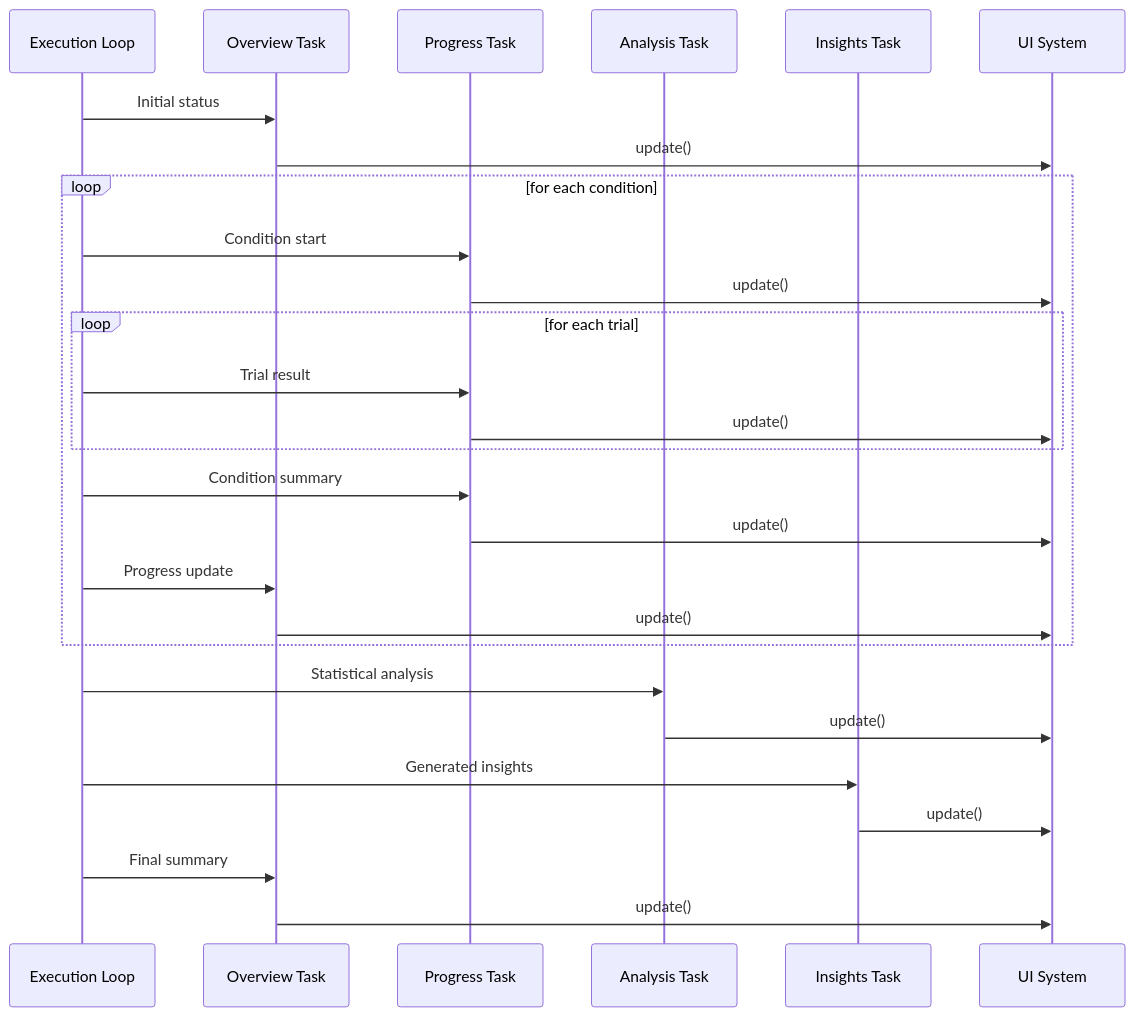
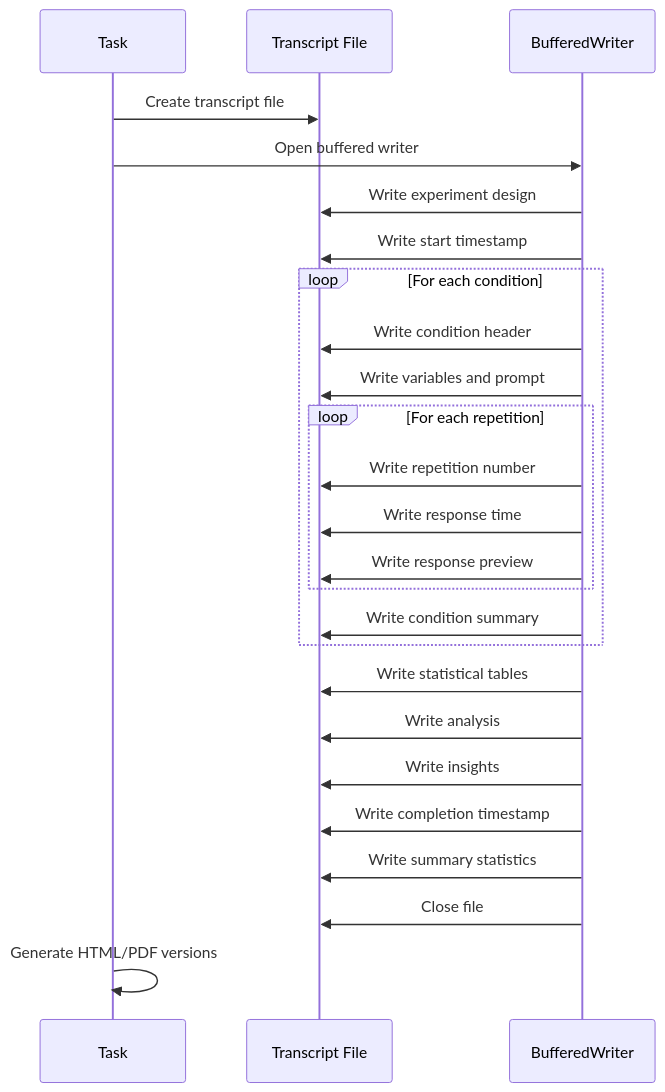
One commit to SimiaCryptus/Cognotik changed diagram 14 of 22 in docs/LLMExperimentTask.md. Above: the diagram before and after it, drawn with Mermaid. The commit also changed other lines of this file and 7 other files, not shown here.

````diff
--- a/docs/LLMExperimentTask.md
+++ b/docs/LLMExperimentTask.md
@@ -441,36 +482,34 @@
 ```mermaid
 sequenceDiagram
-    participant E as Execution Loop
-    participant O as Overview Task
-    participant P as Progress Task
-    participant A as Analysis Task
-    participant I as Insights Task
-    participant U as UI System
+    participant Task
+    participant File as Transcript File
+    participant Writer as BufferedWriter
 
-    E->>O: Initial status
-    O->>U: update()
+    Task->>File: Create transcript file
+    Task->>Writer: Open buffered writer
 
-    loop for each condition
-        E->>P: Condition start
-        P->>U: update()
+    Writer->>File: Write experiment design
+    Writer->>File: Write start timestamp
 
-        loop for each trial
-            E->>P: Trial result
-            P->>U: update()
+    loop For each condition
+        Writer->>File: Write condition header
+        Writer->>File: Write variables and prompt
+
+        loop For each repetition
+            Writer->>File: Write repetition number
+            Writer->>File: Write response time
+            Writer->>File: Write response preview
         end
 
-        E->>P: Condition summary
-        P->>U: update()
-        E->>O: Progress update
-        O->>U: update()
+        Writer->>File: Write condition summary
     end
 
-    E->>A: Statistical analysis
-    A->>U: update()
+    Writer->>File: Write statistical tables
+    Writer->>File: Write analysis
+    Writer->>File: Write insights
+    Writer->>File: Write completion timestamp
+    Writer->>File: Write summary statistics
 
-    E->>I: Generated insights
-    I->>U: update()
-
-    E->>O: Final summary
-    O->>U: update()
+    Writer->>File: Close file
+    Task->>Task: Generate HTML/PDF versions
 ```
````
